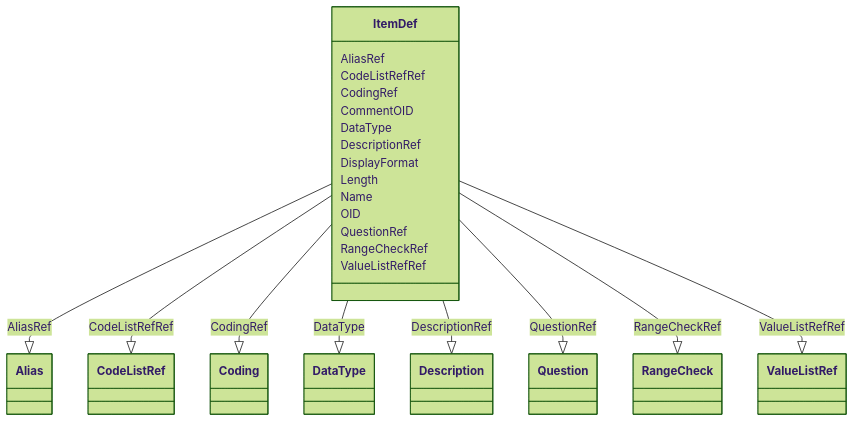
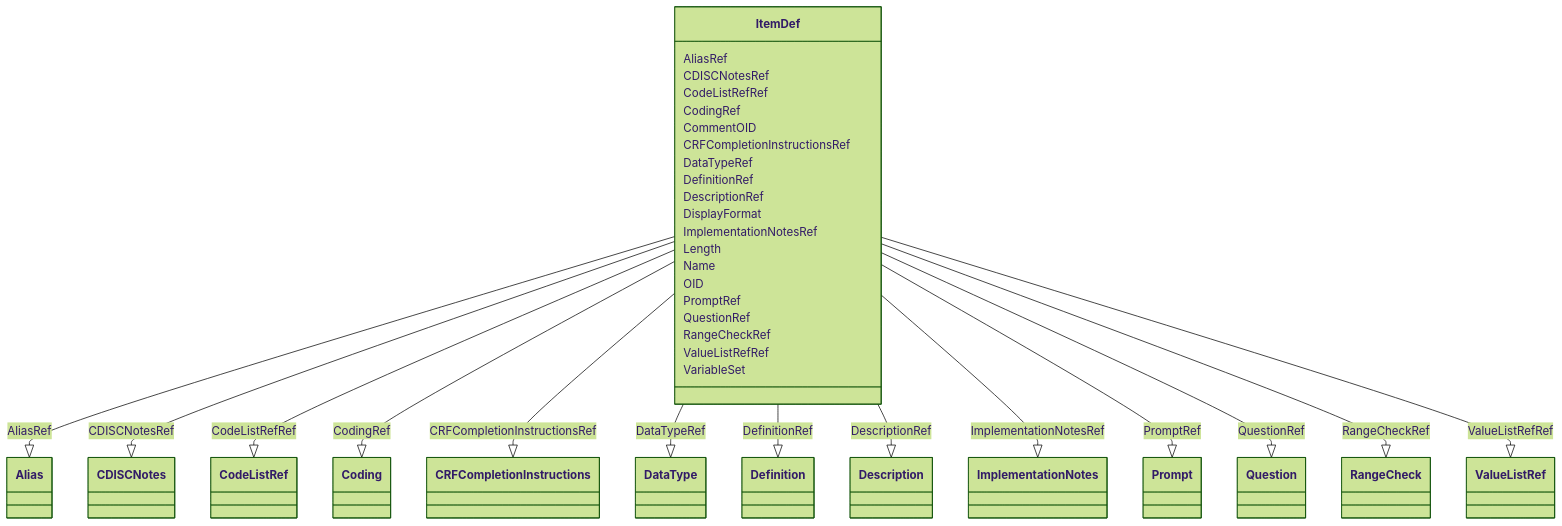
The diagram in docs/ItemDef.md (cdisc-org/DataExchange-ODM-LinkML), drawn with Mermaid (forest theme) before and after one commit. The commit also changed other lines of this file and 398 other files, not shown here.

Commit message:
refreshing for latest updates to schema

````diff
--- a/docs/ItemDef.md
+++ b/docs/ItemDef.md
@@ -9,47 +9,69 @@
 ```mermaid
  classDiagram
     class ItemDef
       ItemDef : AliasRef
         
           ItemDef --|> Alias : AliasRef
+        
+      ItemDef : CDISCNotesRef
+        
+          ItemDef --|> CDISCNotes : CDISCNotesRef
         
       ItemDef : CodeListRefRef
         
           ItemDef --|> CodeListRef : CodeListRefRef
         
       ItemDef : CodingRef
         
           ItemDef --|> Coding : CodingRef
         
       ItemDef : CommentOID
         
-      ItemDef : DataType
+      ItemDef : CRFCompletionInstructionsRef
         
-          ItemDef --|> DataType : DataType
+          ItemDef --|> CRFCompletionInstructions : CRFCompletionInstructionsRef
+        
+      ItemDef : DataTypeRef
+        
+          ItemDef --|> DataType : DataTypeRef
+        
+      ItemDef : DefinitionRef
+        
+          ItemDef --|> Definition : DefinitionRef
         
       ItemDef : DescriptionRef
         
           ItemDef --|> Description : DescriptionRef
         
       ItemDef : DisplayFormat
         
+      ItemDef : ImplementationNotesRef
+        
+          ItemDef --|> ImplementationNotes : ImplementationNotesRef
+        
       ItemDef : Length
         
       ItemDef : Name
         
       ItemDef : OID
+        
+      ItemDef : PromptRef
+        
+          ItemDef --|> Prompt : PromptRef
         
       ItemDef : QuestionRef
         
           ItemDef --|> Question : QuestionRef
         
       ItemDef : RangeCheckRef
         
           ItemDef --|> RangeCheck : RangeCheckRef
         
       ItemDef : ValueListRefRef
         
           ItemDef --|> ValueListRef : ValueListRefRef
         
+      ItemDef : VariableSet
+        
       
 ```
````
